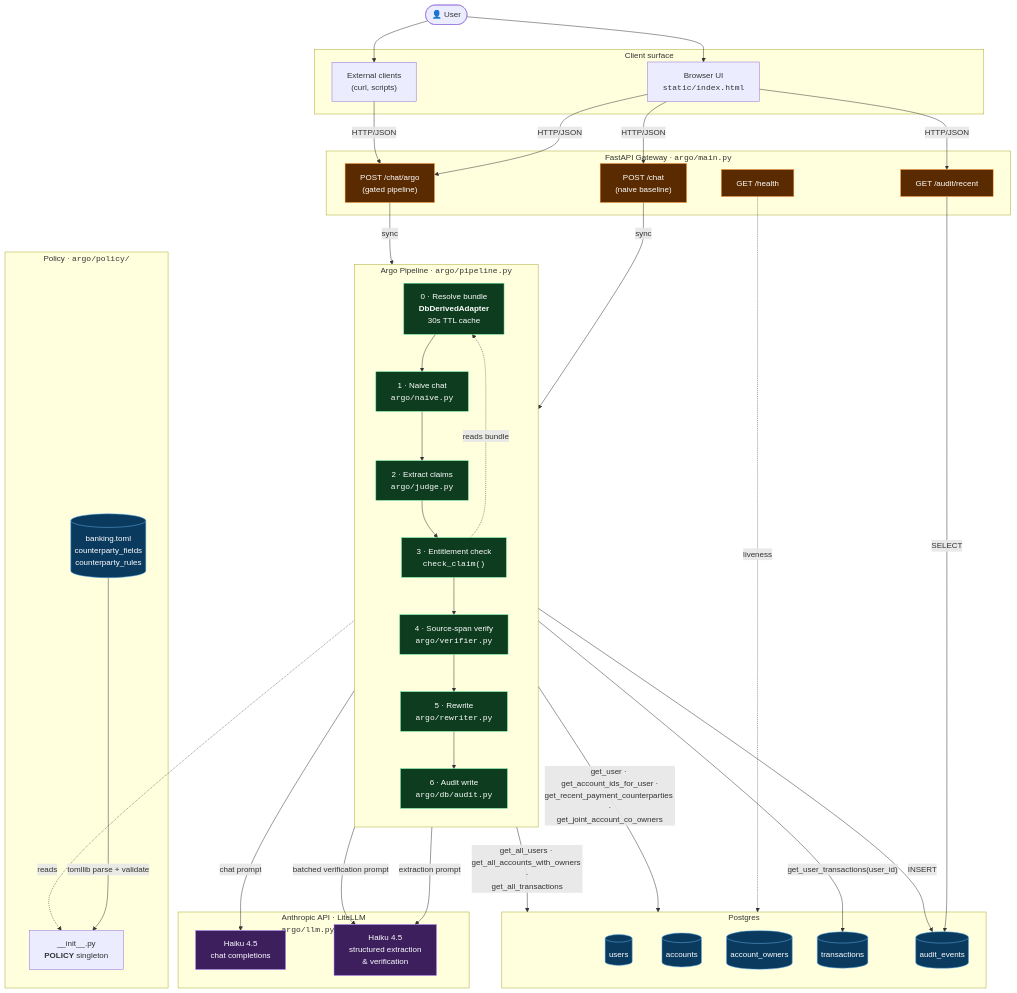
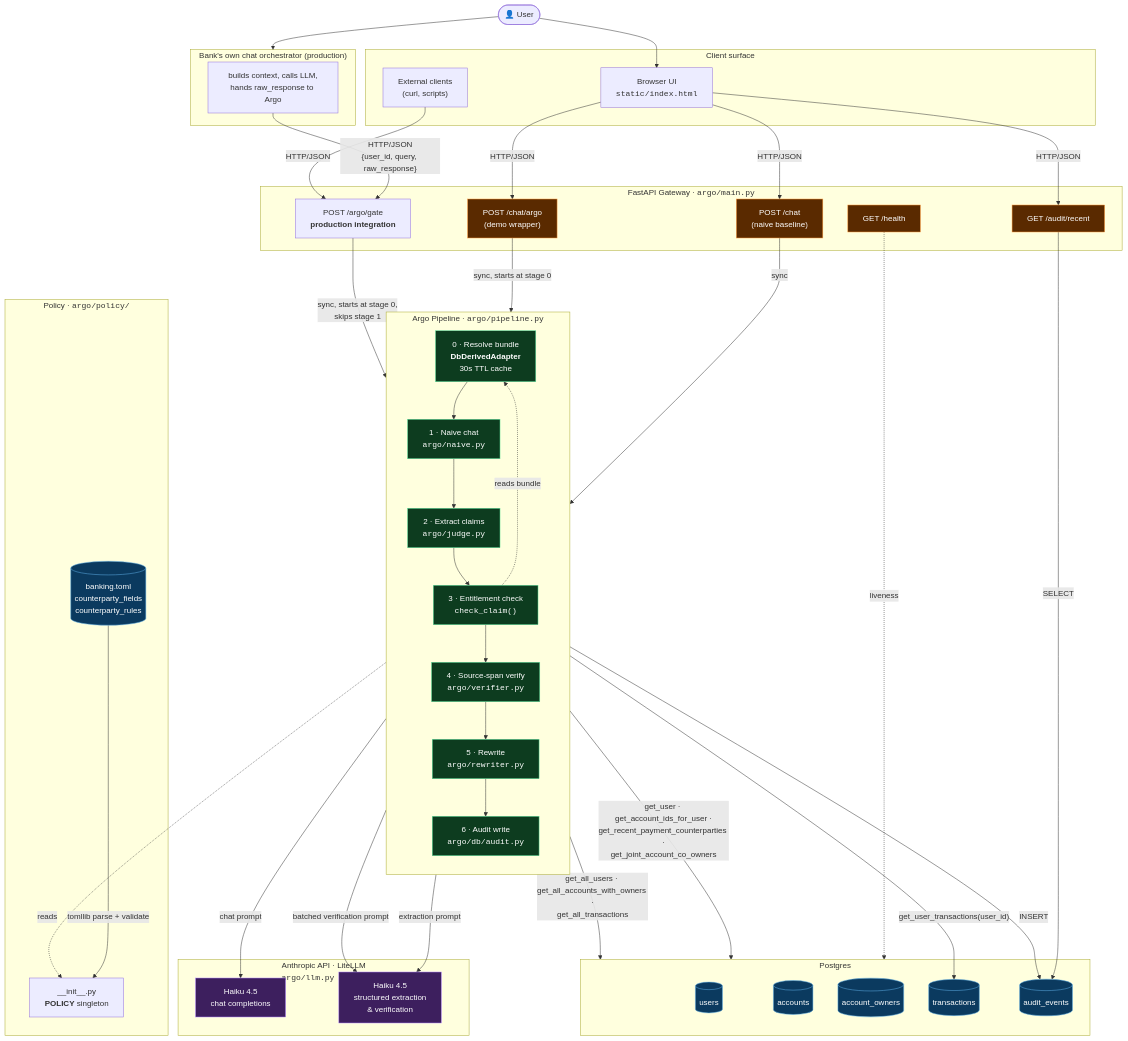
The first of 2 diagrams in README.md (rahulr85r/argo), drawn with Mermaid before and after one commit. The commit also changed other lines of this file and 3 other files, not shown here.

First line of the commit message:
Add POST /argo/gate — the production integration point

```diff
--- a/README.md
+++ b/README.md
@@ -49,8 +49,13 @@
     subgraph Gateway["FastAPI Gateway · <code>argo/main.py</code>"]
         EpHealth["GET /health"]
         EpChat["POST /chat<br/>(naive baseline)"]
-        EpArgo["POST /chat/argo<br/>(gated pipeline)"]
+        EpArgo["POST /chat/argo<br/>(demo wrapper)"]
+        EpGate["POST /argo/gate<br/><b>production integration</b>"]
         EpAudit["GET /audit/recent"]
+    end
+
+    subgraph BankChat["Bank's own chat orchestrator (production)"]
+        BankLlm["builds context, calls LLM,<br/>hands raw_response to Argo"]
     end
 
     subgraph Pipeline["Argo Pipeline · <code>argo/pipeline.py</code>"]
@@ -85,14 +90,16 @@
     end
 
     User --> UI
-    User --> Curl
+    User --> BankChat
     UI -->|HTTP/JSON| EpChat
     UI -->|HTTP/JSON| EpArgo
     UI -->|HTTP/JSON| EpAudit
-    Curl -->|HTTP/JSON| EpArgo
+    BankLlm -->|"HTTP/JSON<br/>{user_id, query, raw_response}"| EpGate
+    Curl -->|HTTP/JSON| EpGate
 
     EpChat -->|sync| S1
-    EpArgo -->|sync| Pipeline
+    EpArgo -->|sync, starts at stage 0| Pipeline
+    EpGate -->|sync, starts at stage 0,<br/>skips stage 1| Pipeline
     EpAudit -->|SELECT| TAudit
     EpHealth -.->|liveness| DB
 
```
